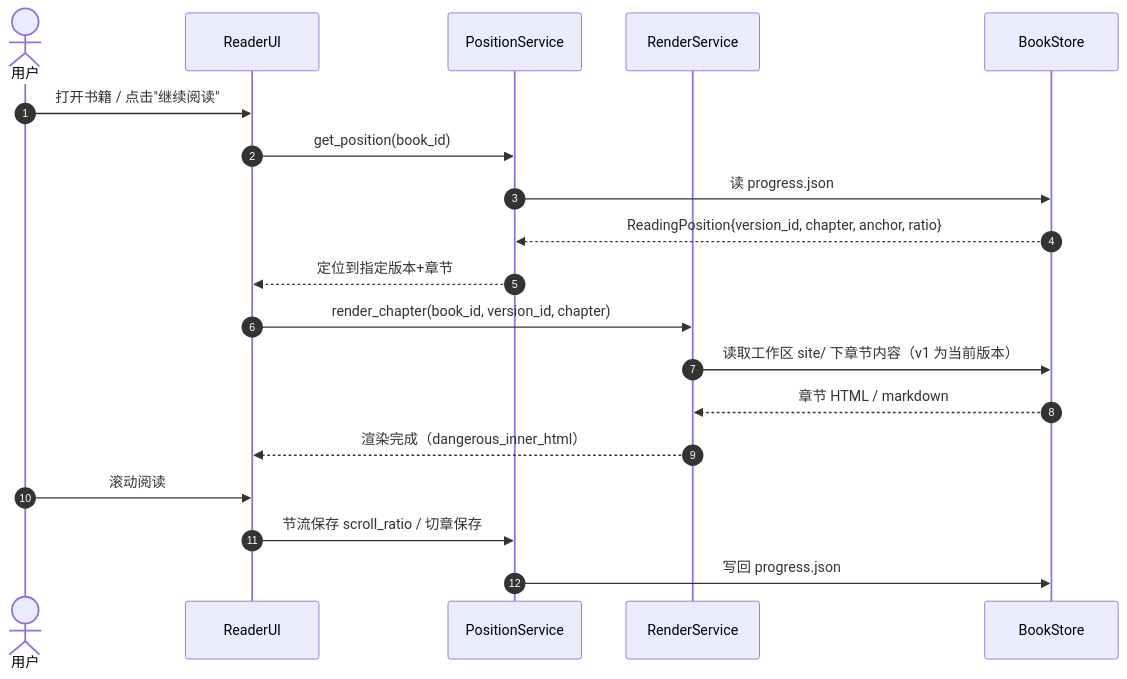
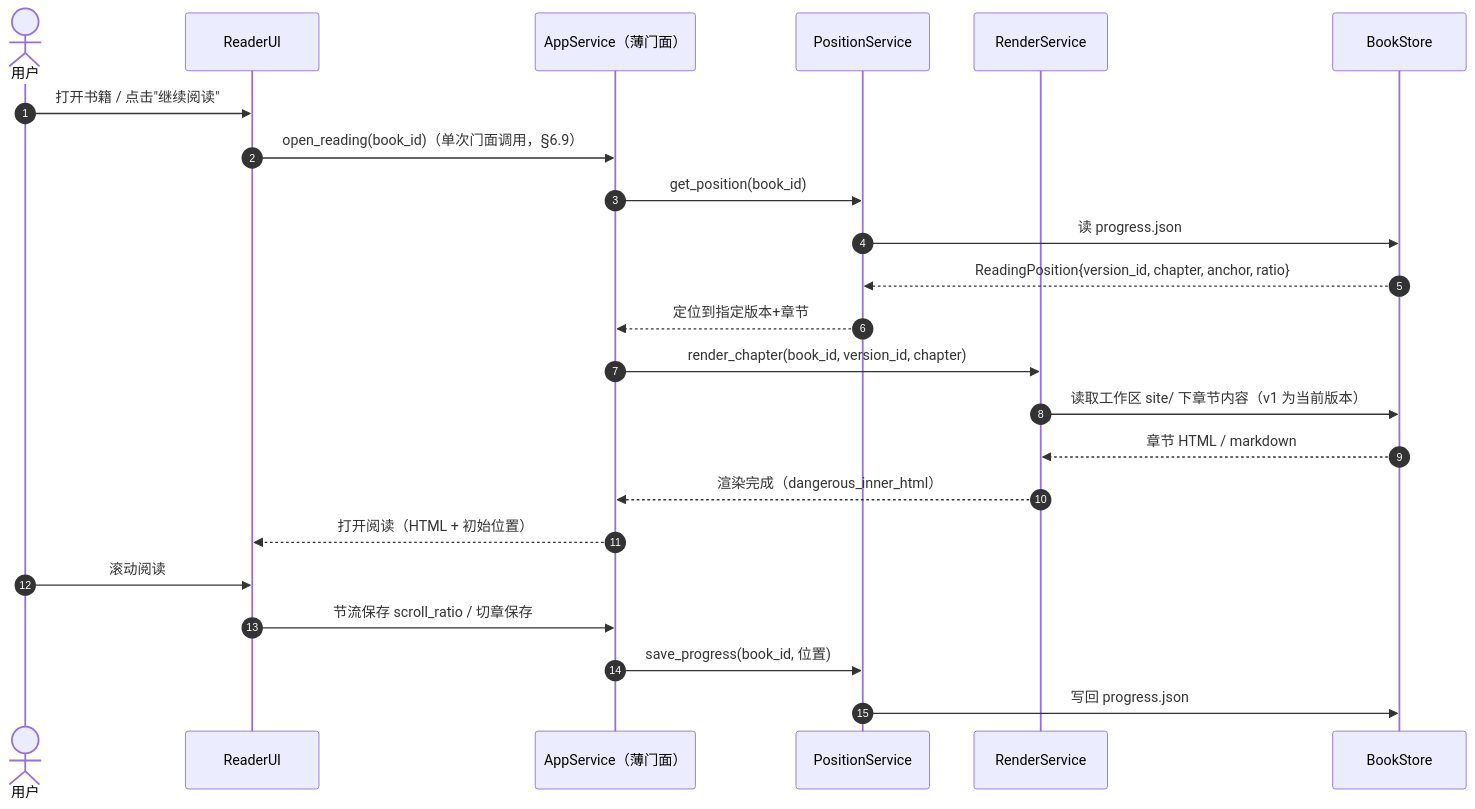
The third of 5 diagrams in doc/project.md (MNFConde/mdor), drawn with Mermaid before and after one commit. The commit also changed other lines of this file and 1 other file, not shown here.

````diff
--- a/doc/project.md
+++ b/doc/project.md
@@ -260,22 +270,26 @@
 ```mermaid
 sequenceDiagram
     autonumber
     actor U as 用户
     participant RD as ReaderUI
+    participant APP as AppService（薄门面）
     participant PS as PositionService
     participant RS as RenderService
     participant BS as BookStore
 
     U->>RD: 打开书籍 / 点击"继续阅读"
-    RD->>PS: get_position(book_id)
+    RD->>APP: open_reading(book_id)（单次门面调用，§6.9）
+    APP->>PS: get_position(book_id)
     PS->>BS: 读 progress.json
     BS-->>PS: ReadingPosition{version_id, chapter, anchor, ratio}
-    PS-->>RD: 定位到指定版本+章节
-    RD->>RS: render_chapter(book_id, version_id, chapter)
+    PS-->>APP: 定位到指定版本+章节
+    APP->>RS: render_chapter(book_id, version_id, chapter)
     RS->>BS: 读取工作区 site/ 下章节内容（v1 为当前版本）
     BS-->>RS: 章节 HTML / markdown
-    RS-->>RD: 渲染完成（dangerous_inner_html）
+    RS-->>APP: 渲染完成（dangerous_inner_html）
+    APP-->>RD: 打开阅读（HTML + 初始位置）
     U->>RD: 滚动阅读
-    RD->>PS: 节流保存 scroll_ratio / 切章保存
+    RD->>APP: 节流保存 scroll_ratio / 切章保存
+    APP->>PS: save_progress(book_id, 位置)
     PS->>BS: 写回 progress.json
 ```
````
